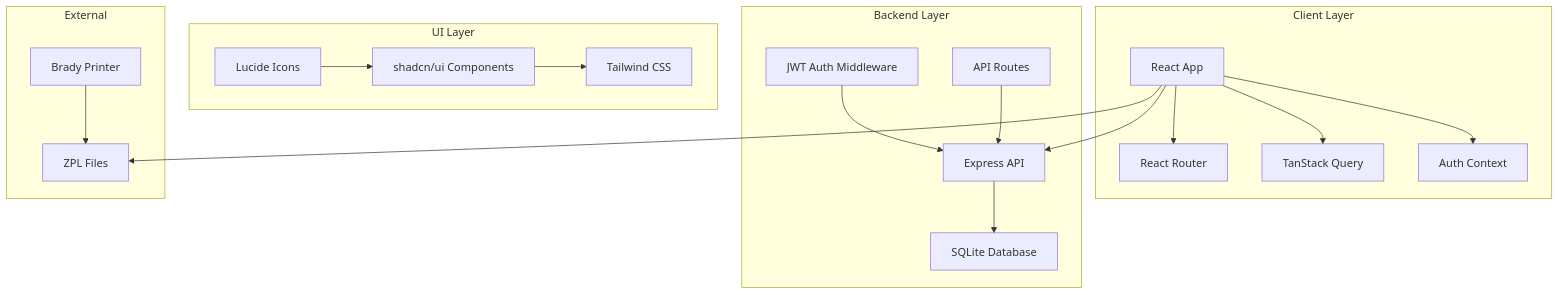
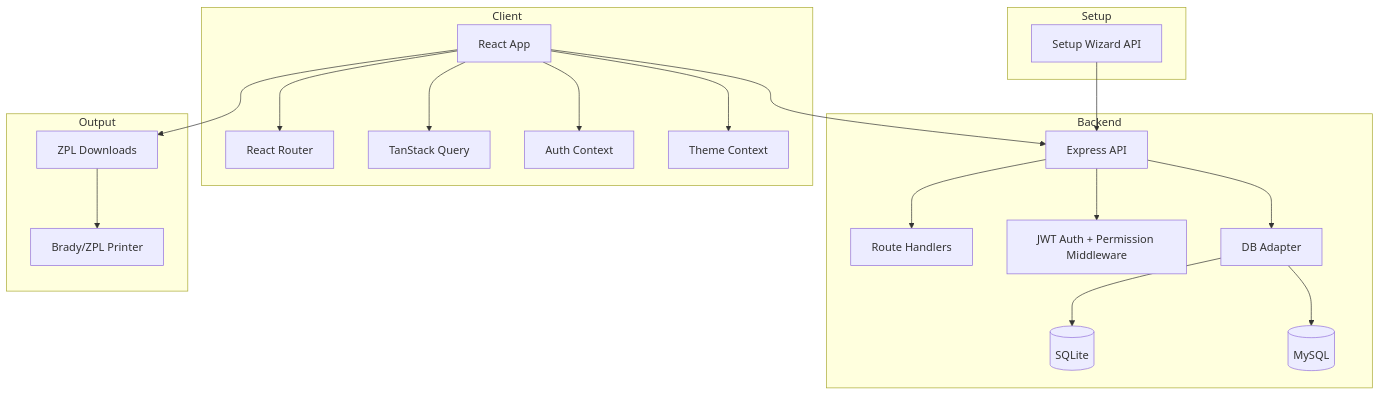
The diagram in .kiro/specs/cable-manager-mvp/design.md (ArxKnight/CableIndex), drawn with Mermaid before and after one commit. The commit also changed other lines of this file and 6 other files, not shown here.

````diff
--- a/.kiro/specs/cable-manager-mvp/design.md
+++ b/.kiro/specs/cable-manager-mvp/design.md
@@ -19,26 +20,28 @@
 ```mermaid
 graph TB
-    subgraph "Client Layer"
+    subgraph "Client"
         A[React App] --> B[React Router]
         A --> C[TanStack Query]
         A --> D[Auth Context]
+        A --> E[Theme Context]
     end
-    
-    subgraph "UI Layer"
-        E[shadcn/ui Components] --> F[Tailwind CSS]
-        G[Lucide Icons] --> E
+
+    subgraph "Backend"
+        F[Express API] --> G[Route Handlers]
+        F --> H[JWT Auth + Permission Middleware]
+        F --> I[DB Adapter]
+        I --> J[(SQLite)]
+        I --> K[(MySQL)]
     end
-    
-    subgraph "Backend Layer"
-        H[Express API] --> I[SQLite Database]
-        J[JWT Auth Middleware] --> H
-        K[API Routes] --> H
+
+    subgraph "Setup"
+        L[Setup Wizard API] --> F
     end
-    
-    subgraph "External"
-        L[Brady Printer] --> M[ZPL Files]
+
+    subgraph "Output"
+        M[ZPL Downloads] --> N[Brady/ZPL Printer]
     end
-    
-    A --> H
+
+    A --> F
     A --> M
 ```
````
